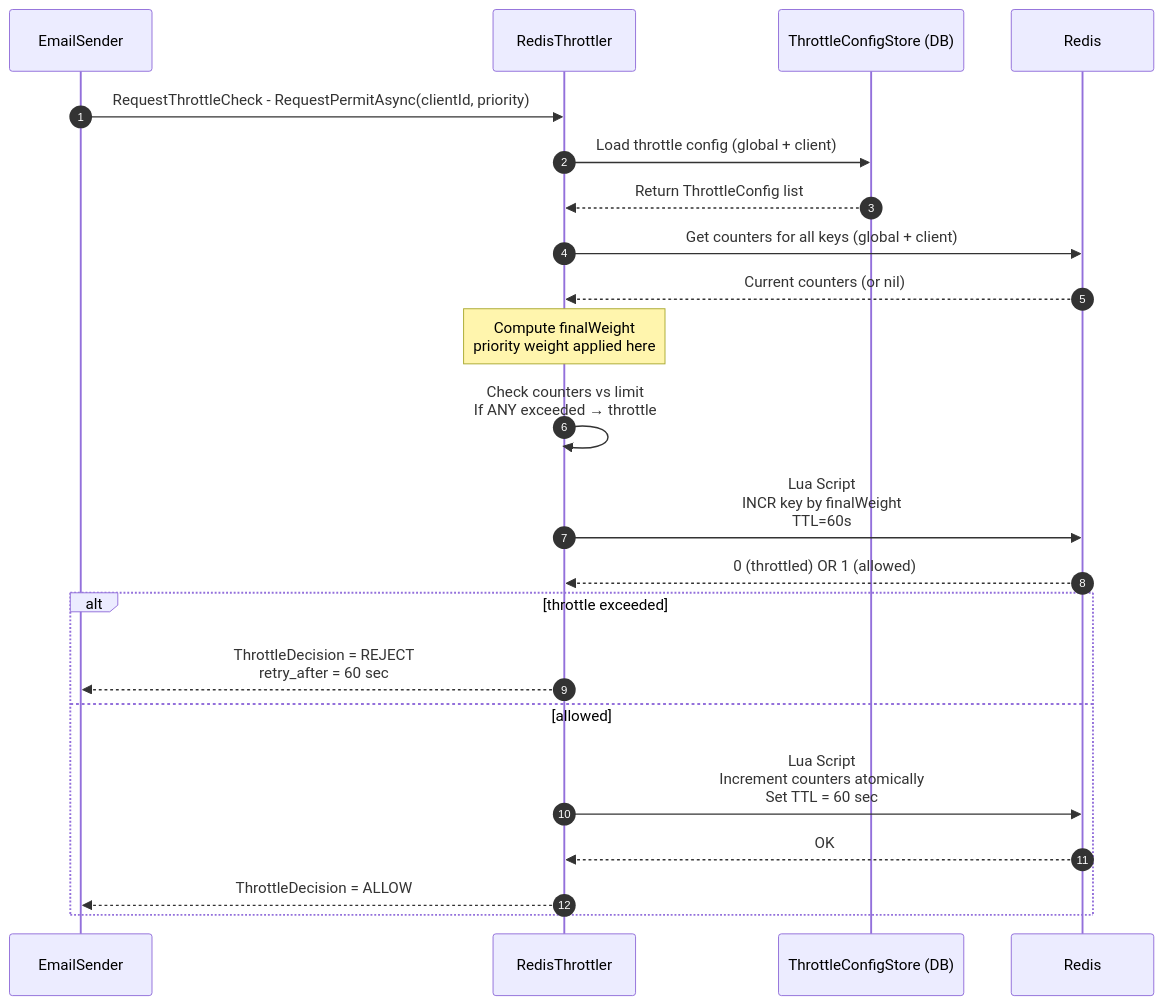
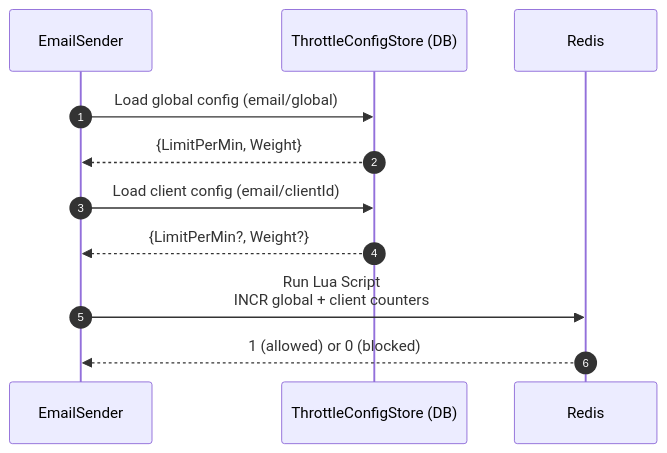
Before and after one commit to ashishm-medallia/email-queue: the fourth of 5 diagrams in architecture.md, drawn with Mermaid. The commit also changed other lines of this file, not shown here.

````diff
--- a/architecture.md
+++ b/architecture.md
@@ -66,32 +124,16 @@
 ```mermaid
 sequenceDiagram
     autonumber
+    participant EmailSender
+    participant ConfigStore as ThrottleConfigStore (DB)
+    participant Redis
 
-    participant ES as EmailSender
-    participant RT as RedisThrottler
-    participant TCS as ThrottleConfigStore (DB)
-    participant R as Redis
+    EmailSender->>ConfigStore: Load global config (email/global)
+    ConfigStore-->>EmailSender: {LimitPerMin, Weight}
 
-    ES->>RT: RequestThrottleCheck - RequestPermitAsync(clientId, priority)
-    
-    RT->>TCS: Load throttle config (global + client)
-    TCS-->>RT: Return ThrottleConfig list
+    EmailSender->>ConfigStore: Load client config (email/clientId)
+    ConfigStore-->>EmailSender: {LimitPerMin?, Weight?}
 
-    RT->>R: Get counters for all keys (global + client)
-    R-->>RT: Current counters (or nil)
-
-    Note over RT: Compute finalWeight<br/>priority weight applied here
-
-    RT->>RT: Check counters vs limit<br/>If ANY exceeded → throttle
-
-    RT->>R: Lua Script<br/>INCR key by finalWeight<br/>TTL=60s
-    R-->>RT: 0 (throttled) OR 1 (allowed)
-
-    alt throttle exceeded
-        RT-->>ES: ThrottleDecision = REJECT<br/>retry_after = 60 sec
-    else allowed
-        RT->>R: Lua Script<br/>Increment counters atomically<br/>Set TTL = 60 sec
-        R-->>RT: OK
-        RT-->>ES: ThrottleDecision = ALLOW
-    end
+    EmailSender->>Redis: Run Lua Script<br/>INCR global + client counters
+    Redis-->>EmailSender: 1 (allowed) or 0 (blocked)
 ```
````
